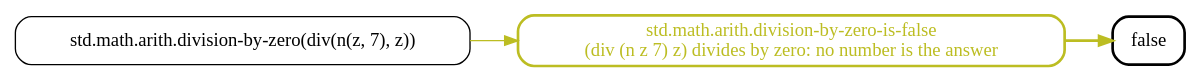
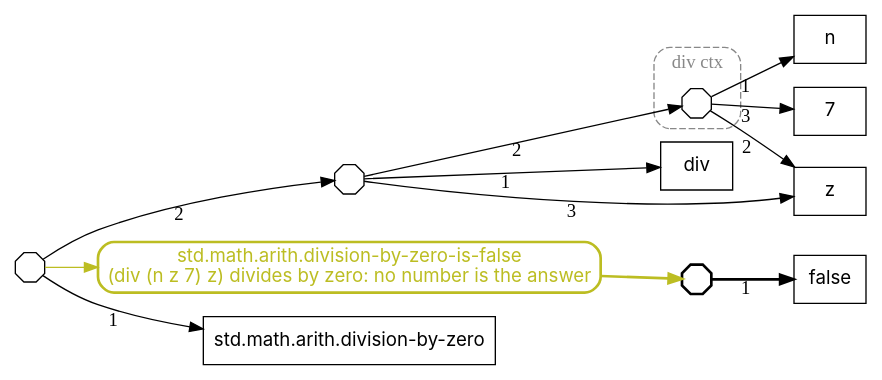
Before and after one commit to agutikov/ein: the diagram in docs/ein/user/03-syntax-and-semantics/diagrams/10-div-by-zero-refuted.dot, drawn with Graphviz. The commit also changed 254 other files, not shown here.

```diff
--- a/docs/ein/user/03-syntax-and-semantics/diagrams/10-div-by-zero-refuted.dot
+++ b/docs/ein/user/03-syntax-and-semantics/diagrams/10-div-by-zero-refuted.dot
@@ -1,8 +1,25 @@
-digraph step13 {
+digraph step16 {
   rankdir=LR;
-  "f_eab79754f0" [label="std.math.arith.division-by-zero(div(n(z, 7), z))", shape=box, style=rounded];
-  "f_a1f94f5b63" [label="false", shape=box, style=rounded, penwidth=2];
+  node [fontname="Inter", shape=box];
+  ranksep=0.55;
+  "f_eab79754f0" [shape=octagon, label="", width=0.3, height=0.3, fixedsize=true];
+  "f_a1f94f5b63" [shape=octagon, label="", width=0.3, height=0.3, fixedsize=true, penwidth=2];
+  "f_31efc4325b" [shape=octagon, label="", width=0.3, height=0.3, fixedsize=true];
+  newrank=true;
+  subgraph cluster_ctx_0 {
+    label="div ctx"; style="dashed,rounded"; color="#888888"; fontcolor="#888888";
+    "f_0cb3773012" [shape=octagon, label="", width=0.3, height=0.3, fixedsize=true];
+  }
   "fire0_std.math.arith.division-by-zero-is-false" [shape=box, style="rounded,bold", color="#bcbd22", fontcolor="#bcbd22", label="std.math.arith.division-by-zero-is-false\n(div (n z 7) z) divides by zero: no number is the answer"];
+  "f_eab79754f0" -> "std.math.arith.division-by-zero" [xlabel="1"];
+  "f_eab79754f0" -> "f_31efc4325b" [xlabel="2"];
+  "f_a1f94f5b63" -> "false" [xlabel="1", penwidth=2];
+  "f_31efc4325b" -> "div" [xlabel="1"];
+  "f_31efc4325b" -> "f_0cb3773012" [xlabel="2"];
+  "f_31efc4325b" -> "z" [xlabel="3"];
+  "f_0cb3773012" -> "n" [xlabel="1"];
+  "f_0cb3773012" -> "z" [xlabel="2"];
+  "f_0cb3773012" -> "7" [xlabel="3"];
   "f_eab79754f0" -> "fire0_std.math.arith.division-by-zero-is-false" [color="#bcbd22"];
   "fire0_std.math.arith.division-by-zero-is-false" -> "f_a1f94f5b63" [color="#bcbd22", style=bold];
 }
```
